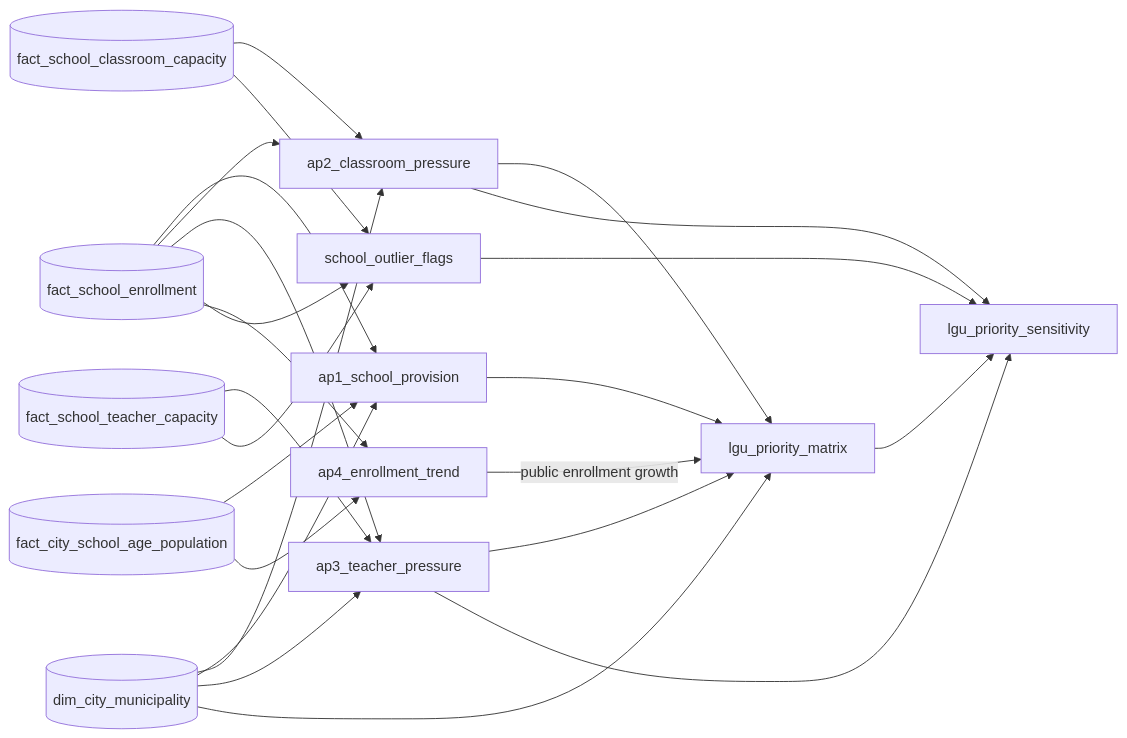
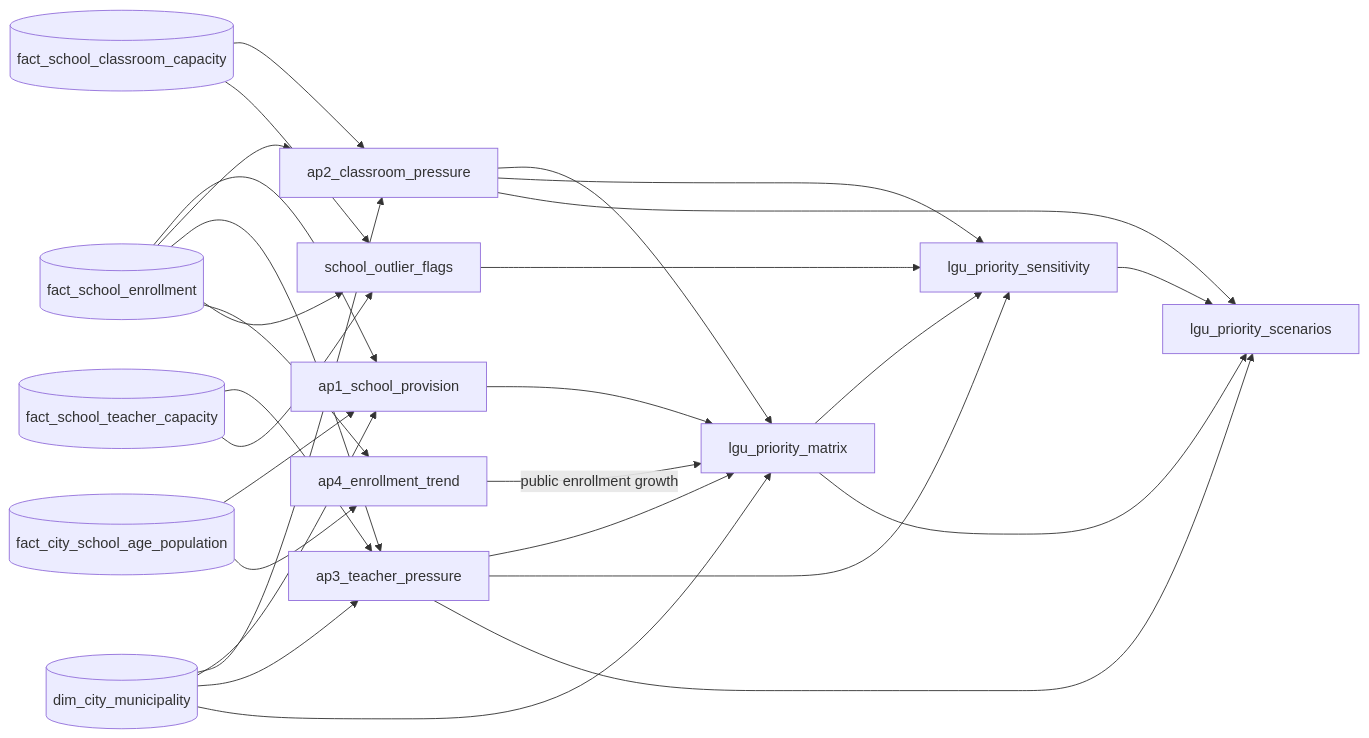
The diagram in etl/06_analytics/README.md (hyenalouise/edu-access-sandbox), drawn with Mermaid before and after one commit. The commit also changed other lines of this file and 11 other files, not shown here.

First line of the commit message:
Publish the priority's AP2 and AP3 figures without suspected outliers, and both scenarios in one table

````diff
--- a/etl/06_analytics/README.md
+++ b/etl/06_analytics/README.md
@@ -7,14 +7,15 @@
 ```mermaid
 flowchart LR
     enroll[(fact_school_enrollment)] --> ap1 & ap2 & ap3 & ap4
     age[(fact_city_school_age_population)] --> ap1 & ap4
     rooms[(fact_school_classroom_capacity)] --> ap2
     teachers[(fact_school_teacher_capacity)] --> ap3
     city[(dim_city_municipality)] --> ap1 & ap2 & ap3 & matrix
     ap1[ap1_school_provision] --> matrix
     ap2[ap2_classroom_pressure] --> matrix
     ap3[ap3_teacher_pressure] --> matrix
     ap4[ap4_enrollment_trend] -->|public enrollment growth| matrix[lgu_priority_matrix]
     enroll & rooms & teachers --> flags[school_outlier_flags]
     flags & matrix & ap2 & ap3 --> sens[lgu_priority_sensitivity]
+    sens & matrix & ap2 & ap3 --> scen[lgu_priority_scenarios]
 ```
````
